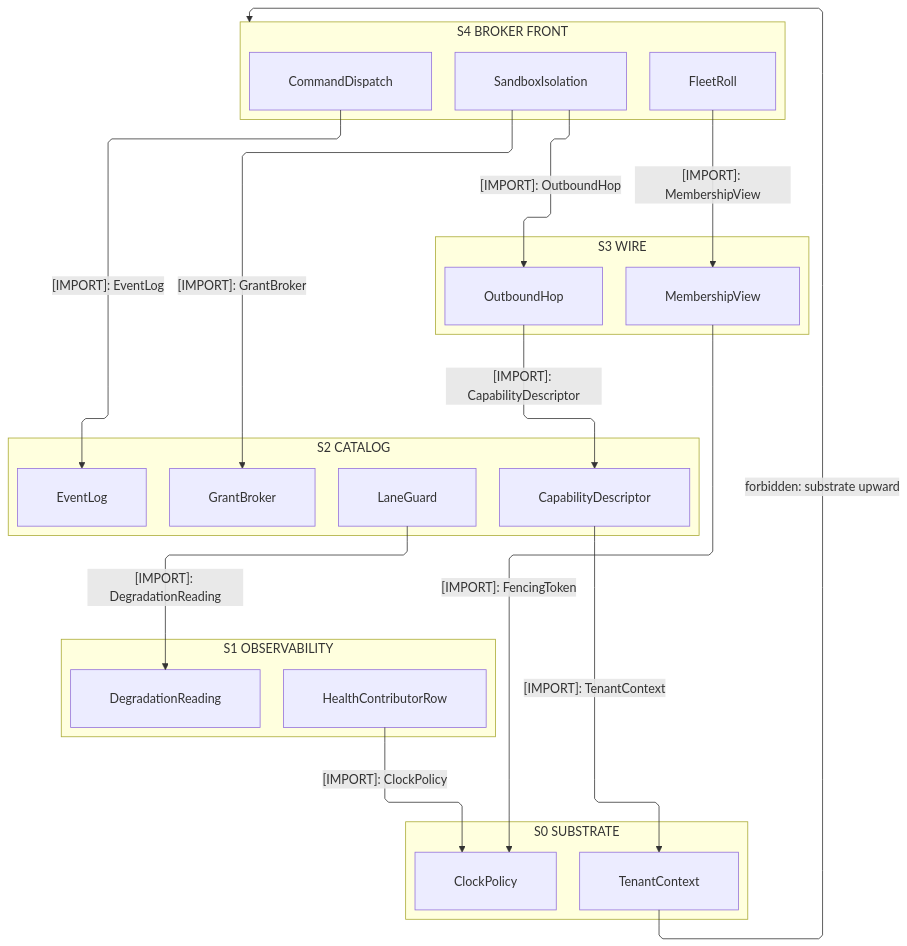
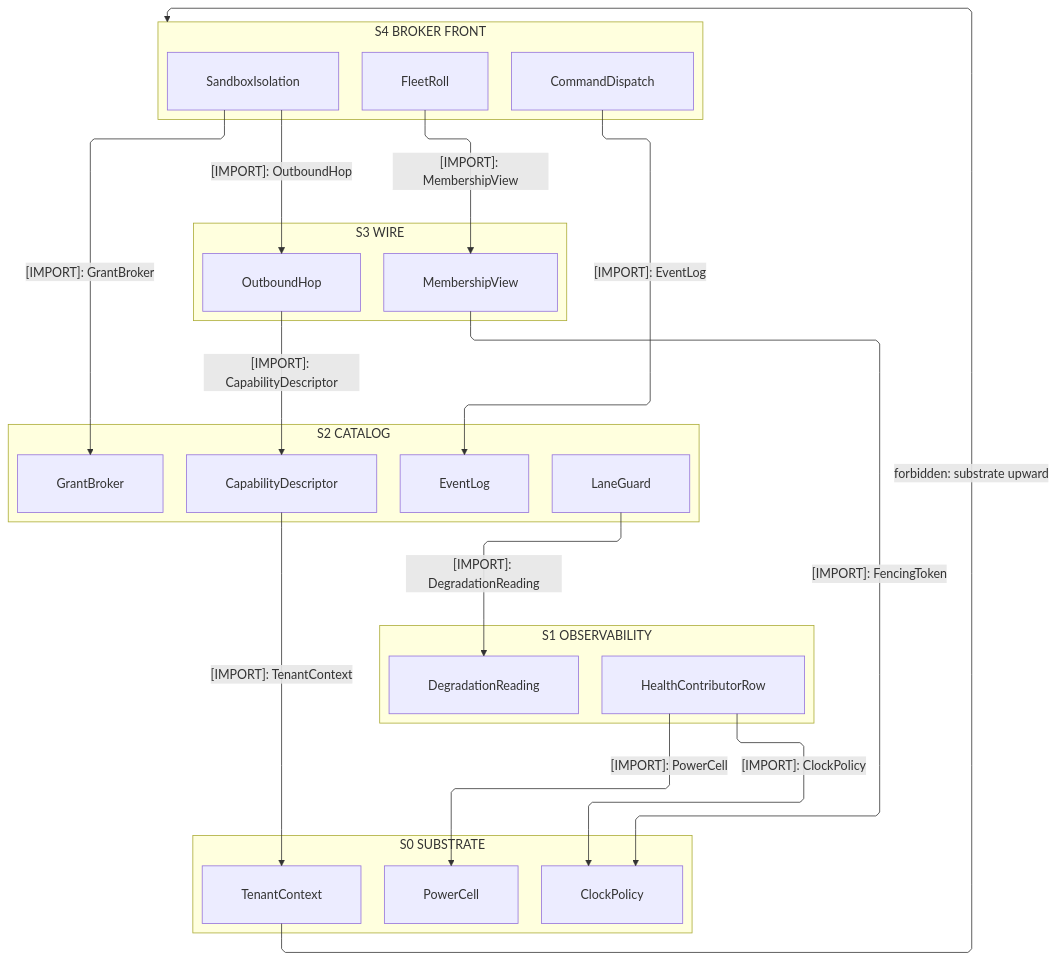
One commit to bsamiee/Rasm changed the first of 4 diagrams in libs/csharp/Rasm.AppHost/ARCHITECTURE.md. Above: the diagram before and after it, drawn with Mermaid. The commit also changed other lines of this file and 249 other files, not shown here.

````diff
--- a/libs/csharp/Rasm.AppHost/ARCHITECTURE.md
+++ b/libs/csharp/Rasm.AppHost/ARCHITECTURE.md
@@ -66,45 +66,47 @@
 ```mermaid
 ---
 config:
   layout: elk
   flowchart:
     curve: linear
     padding: 25
 ---
 flowchart TB
     accTitle: AppHost interior strata
     accDescr: Five stacked strata from the broker front through wire delivery and the capability catalog onto the observability grade and the runtime substrate, every consumption edge pointing downward and naming one sourced type, and one forbidden upward edge.
     subgraph S4["S4 BROKER FRONT"]
         Isolation[SandboxIsolation]
         Roll[FleetRoll]
         Dispatch[CommandDispatch]
     end
     subgraph S3["S3 WIRE"]
         Outbound[OutboundHop]
         Membership[MembershipView]
     end
     subgraph S2["S2 CATALOG"]
         Capability[CapabilityDescriptor]
         Broker[GrantBroker]
         Log[EventLog]
         LaneGuard[LaneGuard]
     end
     subgraph S1["S1 OBSERVABILITY"]
         Health[HealthContributorRow]
         Reading[DegradationReading]
     end
     subgraph S0["S0 SUBSTRATE"]
         Tenant[TenantContext]
         Clock[ClockPolicy]
+        Power[PowerCell]
     end
     Dispatch -->|"[IMPORT]: EventLog"| Log
     Isolation -->|"[IMPORT]: GrantBroker"| Broker
     Isolation -->|"[IMPORT]: OutboundHop"| Outbound
     Roll -->|"[IMPORT]: MembershipView"| Membership
     Outbound -->|"[IMPORT]: CapabilityDescriptor"| Capability
     Membership -->|"[IMPORT]: FencingToken"| Clock
     LaneGuard -->|"[IMPORT]: DegradationReading"| Reading
     Capability -->|"[IMPORT]: TenantContext"| Tenant
     Health -->|"[IMPORT]: ClockPolicy"| Clock
+    Health -->|"[IMPORT]: PowerCell"| Power
     Tenant -->|"forbidden: substrate upward"| S4
 ```
````
